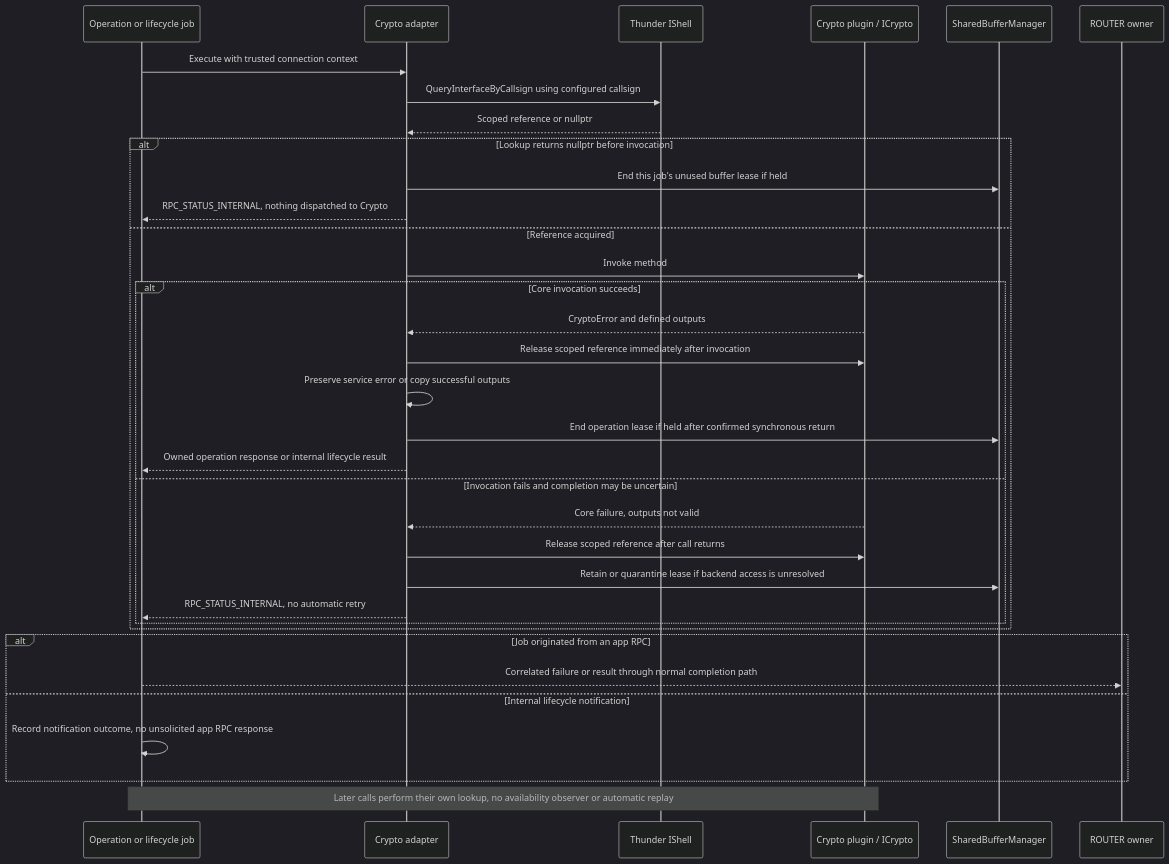
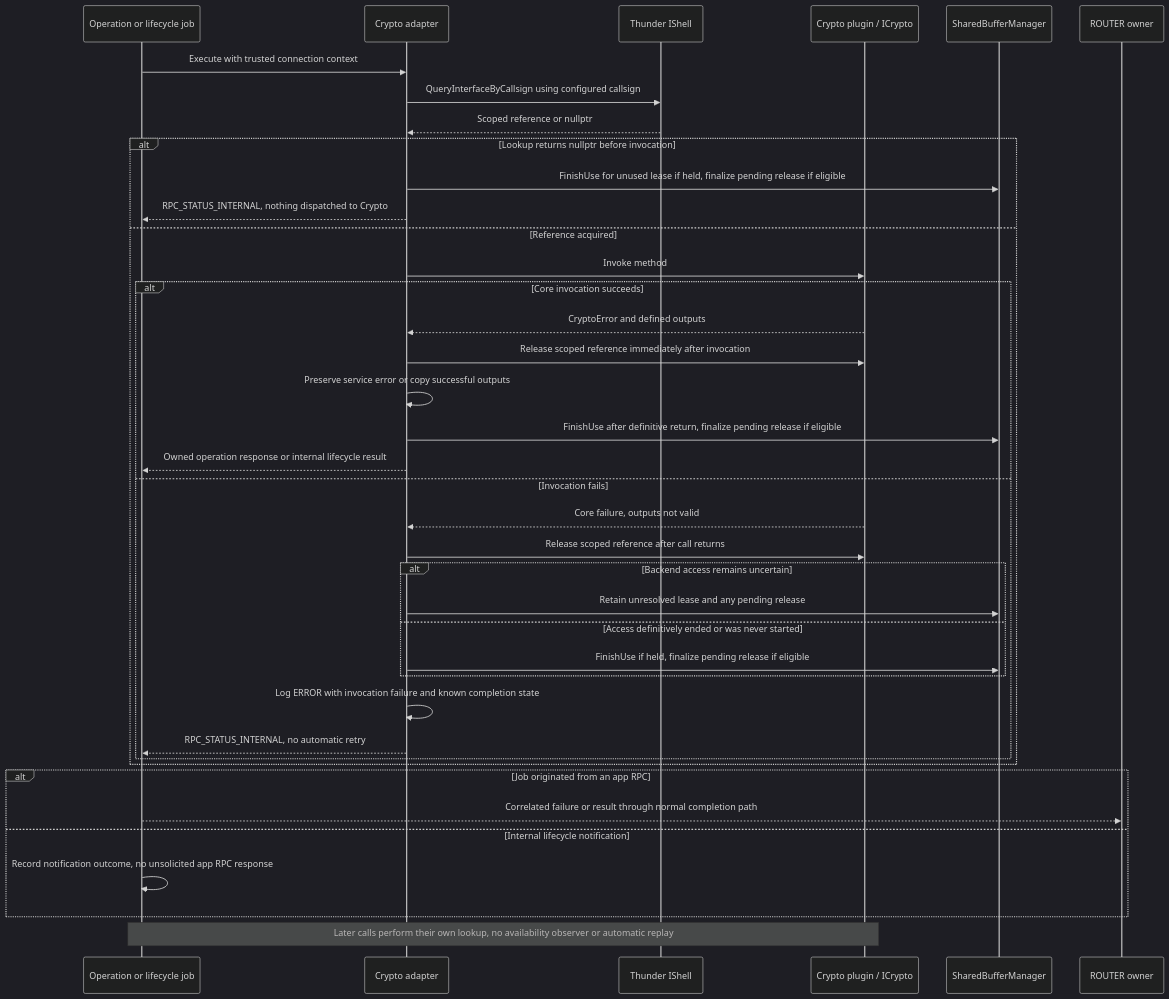
Diagram 34 of 37 in doc/EyilSecureGateway.md (rdkcentral/eyil-secure-gateway), drawn with Mermaid (dark theme) before and after one commit. The commit also changed other lines of this file, not shown here.

````diff
--- a/doc/EyilSecureGateway.md
+++ b/doc/EyilSecureGateway.md
@@ -4479,36 +4719,41 @@
 ```mermaid
 sequenceDiagram
     participant J as Operation or lifecycle job
     participant A as Crypto adapter
     participant T as Thunder IShell
     participant C as Crypto plugin / ICrypto
     participant B as SharedBufferManager
     participant R as ROUTER owner
     J->>A: Execute with trusted connection context
     A->>T: QueryInterfaceByCallsign using configured callsign
     T-->>A: Scoped reference or nullptr
     alt Lookup returns nullptr before invocation
-        A->>B: End this job's unused buffer lease if held
+        A->>B: FinishUse for unused lease if held, finalize pending release if eligible
         A-->>J: RPC_STATUS_INTERNAL, nothing dispatched to Crypto
     else Reference acquired
         A->>C: Invoke method
         alt Core invocation succeeds
             C-->>A: CryptoError and defined outputs
             A->>C: Release scoped reference immediately after invocation
             A->>A: Preserve service error or copy successful outputs
-            A->>B: End operation lease if held after confirmed synchronous return
+            A->>B: FinishUse after definitive return, finalize pending release if eligible
             A-->>J: Owned operation response or internal lifecycle result
-        else Invocation fails and completion may be uncertain
+        else Invocation fails
             C-->>A: Core failure, outputs not valid
             A->>C: Release scoped reference after call returns
-            A->>B: Retain or quarantine lease if backend access is unresolved
+            alt Backend access remains uncertain
+                A->>B: Retain unresolved lease and any pending release
+            else Access definitively ended or was never started
+                A->>B: FinishUse if held, finalize pending release if eligible
+            end
+            A->>A: Log ERROR with invocation failure and known completion state
             A-->>J: RPC_STATUS_INTERNAL, no automatic retry
         end
     end
     alt Job originated from an app RPC
         J-->>R: Correlated failure or result through normal completion path
     else Internal lifecycle notification
         J->>J: Record notification outcome, no unsolicited app RPC response
     end
     Note over J,C: Later calls perform their own lookup, no availability observer or automatic replay
 ```
````
